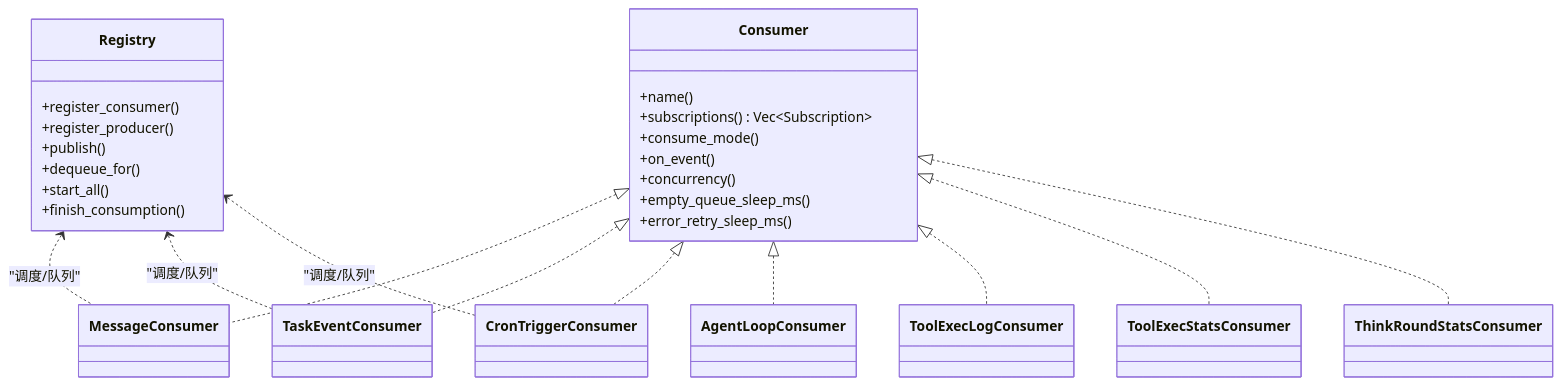
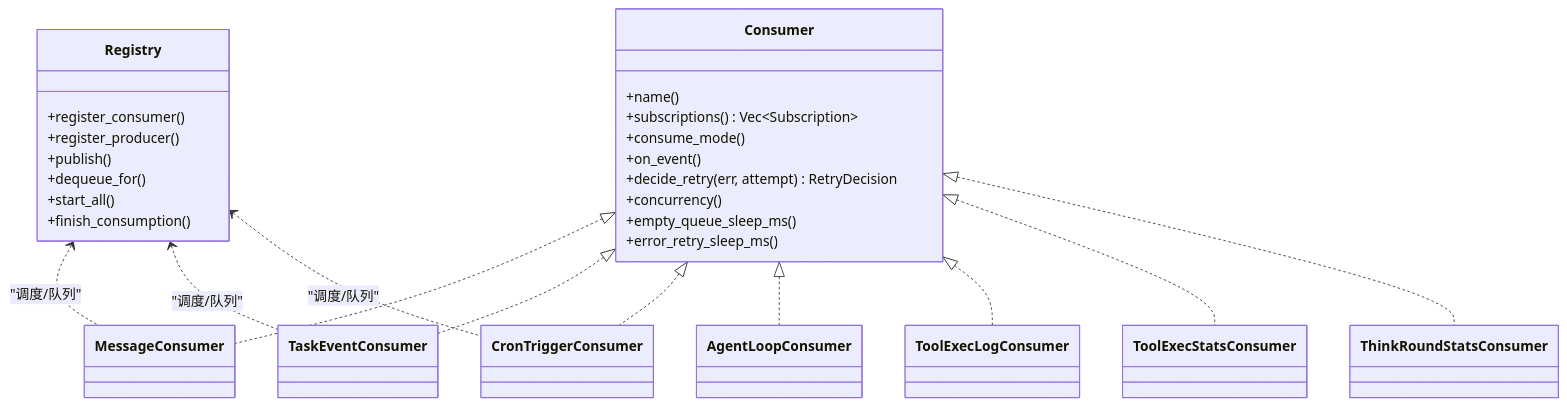
The fifth of 5 diagrams in docs/wiki/zh/content/核心模块/AOP 事件系统/消费者框架/消息消费者.md (runningcoders/ai_orz), drawn with Mermaid before and after one commit. The commit also changed 28 other files, not shown here.

````diff
--- a/docs/wiki/zh/content/核心模块/AOP 事件系统/消费者框架/消息消费者.md
+++ b/docs/wiki/zh/content/核心模块/AOP 事件系统/消费者框架/消息消费者.md
@@ -277,37 +277,38 @@
 ```mermaid
 classDiagram
 class Consumer {
 +name()
 +subscriptions() Vec~Subscription~
 +consume_mode()
 +on_event()
++decide_retry(err, attempt) RetryDecision
 +concurrency()
 +empty_queue_sleep_ms()
 +error_retry_sleep_ms()
 }
 class Registry {
 +register_consumer()
 +register_producer()
 +publish()
 +dequeue_for()
 +start_all()
 +finish_consumption()
 }
 class MessageConsumer
 class TaskEventConsumer
 class CronTriggerConsumer
 class AgentLoopConsumer
 class ToolExecLogConsumer
 class ToolExecStatsConsumer
 class ThinkRoundStatsConsumer
 Consumer <|.. MessageConsumer
 Consumer <|.. TaskEventConsumer
 Consumer <|.. CronTriggerConsumer
 Consumer <|.. AgentLoopConsumer
 Consumer <|.. ToolExecLogConsumer
 Consumer <|.. ToolExecStatsConsumer
 Consumer <|.. ThinkRoundStatsConsumer
 Registry <.. MessageConsumer : "调度/队列"
 Registry <.. TaskEventConsumer : "调度/队列"
 Registry <.. CronTriggerConsumer : "调度/队列"
 ```
````
